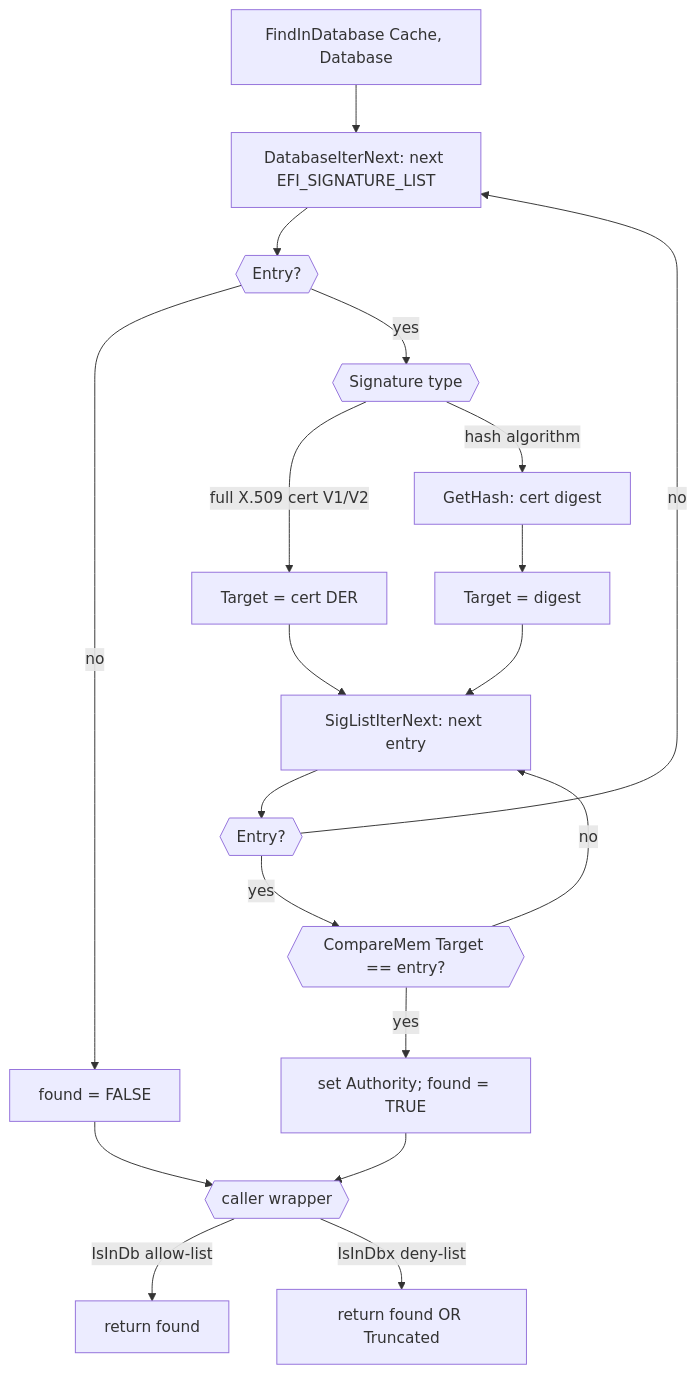
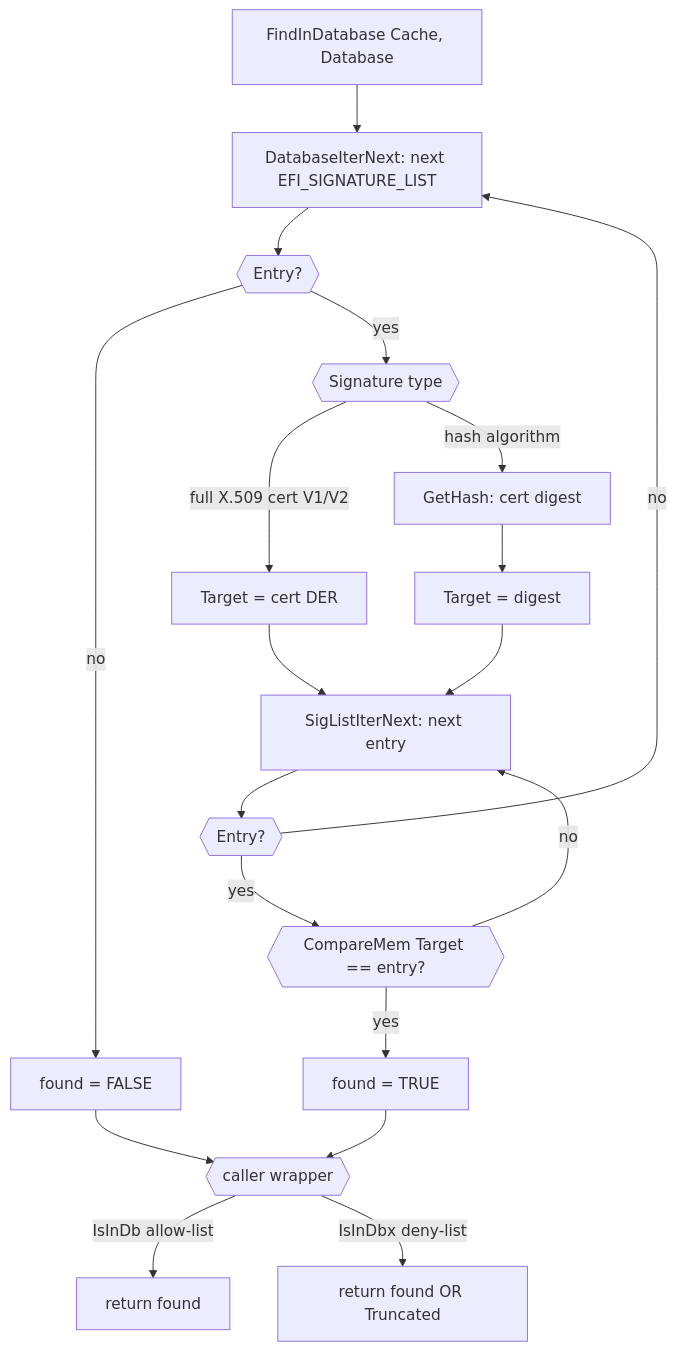
The third of 5 diagrams in SecurityPkg/Library/DxeImageVerificationLib2/README.md (Javagedes/mu_basecore), drawn with Mermaid before and after one commit. The commit also changed other lines of this file and 6 other files, not shown here.

````diff
--- a/SecurityPkg/Library/DxeImageVerificationLib2/README.md
+++ b/SecurityPkg/Library/DxeImageVerificationLib2/README.md
@@ -175,21 +176,21 @@
 ```mermaid
 flowchart TD
     A[FindInDatabase Cache, Database] --> E[DatabaseIterNext: next EFI_SIGNATURE_LIST]
     E --> E1{{Entry?}}
     E1 -- no --> RF[found = FALSE]
     E1 -- yes --> TY{{Signature type}}
     TY -- full X.509 cert V1/V2 --> ST[Target = cert DER]
     TY -- hash algorithm --> GH[GetHash: cert digest]
     GH --> ST2[Target = digest]
     ST --> EN[SigListIterNext: next entry]
     ST2 --> EN
     EN --> EN1{{Entry?}}
     EN1 -- no --> E
     EN1 -- yes --> CM{{CompareMem Target == entry?}}
     CM -- no --> EN
-    CM -- yes --> FD[set Authority; found = TRUE]
+    CM -- yes --> FD[found = TRUE]
     FD --> RET{{caller wrapper}}
     RF --> RET
     RET -- IsInDb allow-list --> RB[return found]
     RET -- IsInDbx deny-list --> RX[return found OR Truncated]
 ```
````
